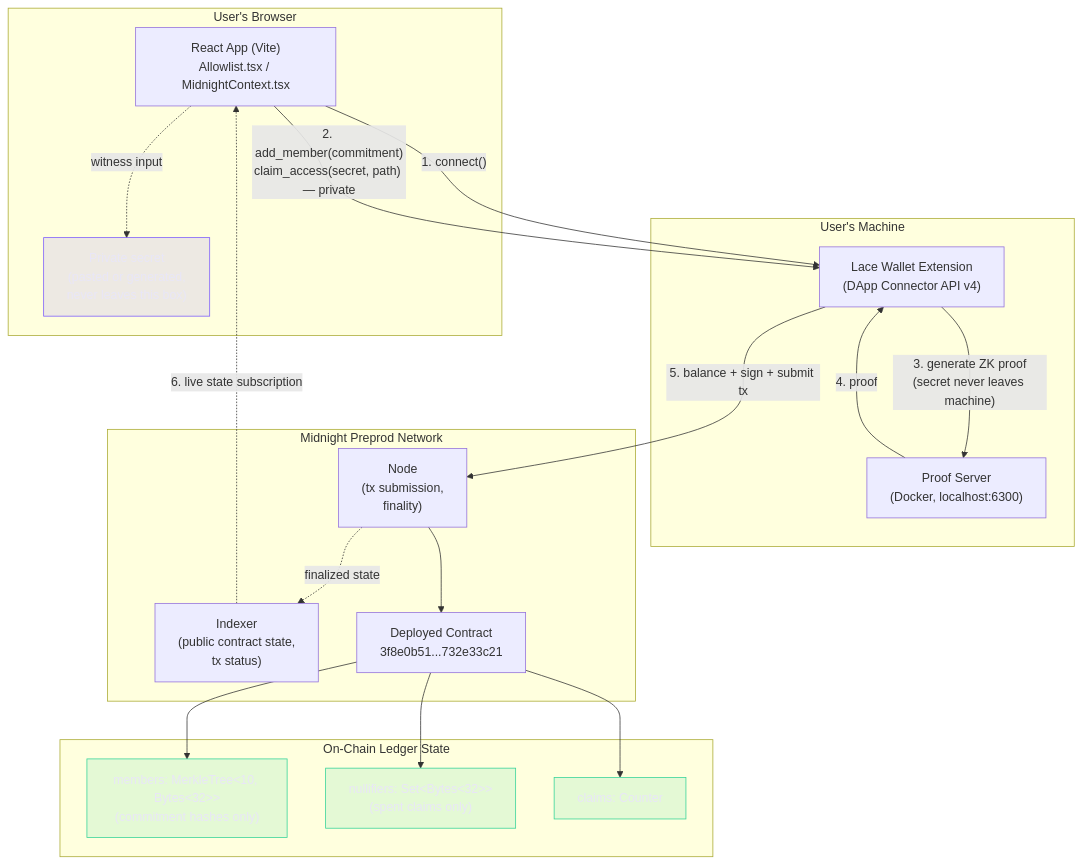
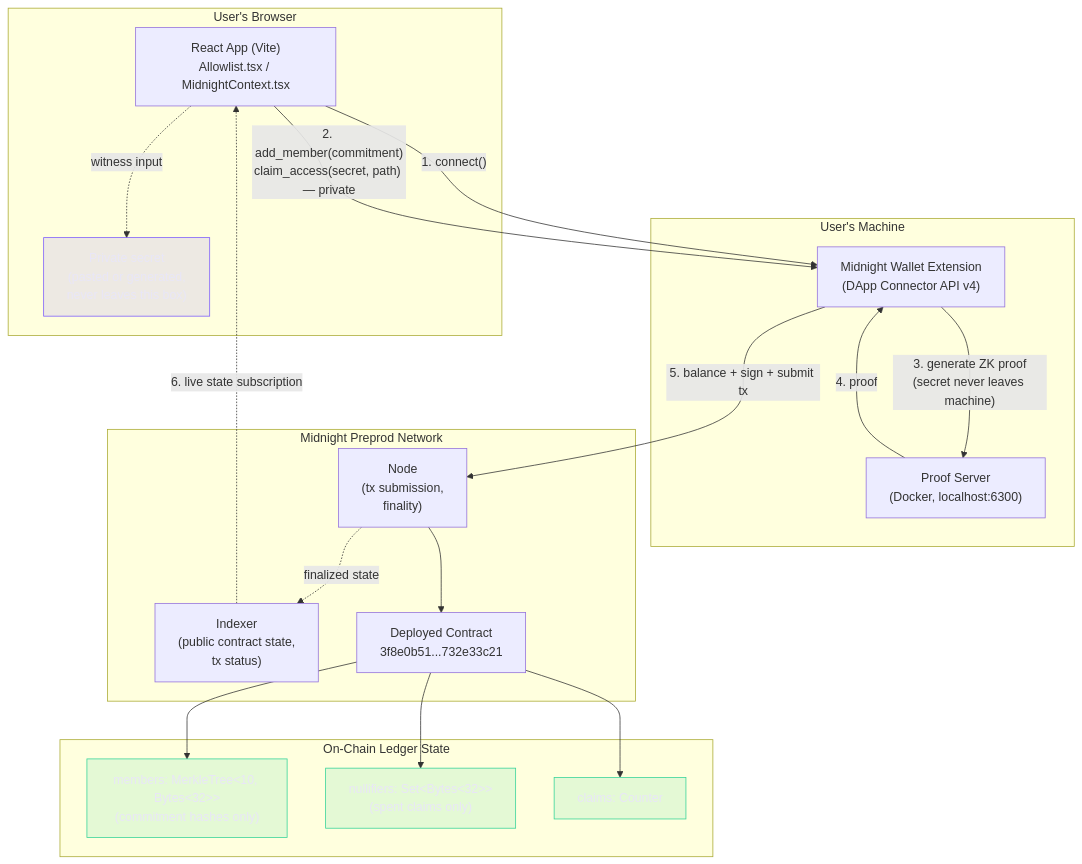
One commit to Spydiecy/zk-pvt-allowlist changed the diagram in README.md. Above: the diagram before and after it, drawn with Mermaid. The commit also changed other lines of this file and 8 other files, not shown here.

First line of the commit message:
Use wallet-agnostic language in UI, docs, and architecture diagram

````diff
--- a/README.md
+++ b/README.md
@@ -27,42 +27,42 @@
 ```mermaid
 flowchart TB
     subgraph Browser["User's Browser"]
         UI["React App (Vite)<br/>Allowlist.tsx / MidnightContext.tsx"]
         Secret["Private secret<br/>(pasted or generated,<br/>never leaves this box)"]
         UI -.->|"witness input"| Secret
     end
 
     subgraph LocalMachine["User's Machine"]
-        Lace["Lace Wallet Extension<br/>(DApp Connector API v4)"]
+        Wallet["Midnight Wallet Extension<br/>(DApp Connector API v4)"]
         ProofServer["Proof Server<br/>(Docker, localhost:6300)"]
     end
 
     subgraph Preprod["Midnight Preprod Network"]
         Indexer["Indexer<br/>(public contract state,<br/>tx status)"]
         Node["Node<br/>(tx submission,<br/>finality)"]
         Contract["Deployed Contract<br/>3f8e0b51...732e33c21"]
     end
 
     subgraph OnChain["On-Chain Ledger State"]
         Tree["members: MerkleTree&lt;10, Bytes&lt;32&gt;&gt;<br/>(commitment hashes only)"]
         Null["nullifiers: Set&lt;Bytes&lt;32&gt;&gt;<br/>(spent claims only)"]
         Claims["claims: Counter"]
     end
 
-    UI -->|"1. connect()"| Lace
-    UI -->|"2. add_member(commitment)<br/>claim_access(secret, path) — private"| Lace
-    Lace -->|"3. generate ZK proof<br/>(secret never leaves machine)"| ProofServer
-    ProofServer -->|"4. proof"| Lace
-    Lace -->|"5. balance + sign + submit tx"| Node
+    UI -->|"1. connect()"| Wallet
+    UI -->|"2. add_member(commitment)<br/>claim_access(secret, path) — private"| Wallet
+    Wallet -->|"3. generate ZK proof<br/>(secret never leaves machine)"| ProofServer
+    ProofServer -->|"4. proof"| Wallet
+    Wallet -->|"5. balance + sign + submit tx"| Node
     Node --> Contract
     Contract --> Tree
     Contract --> Null
     Contract --> Claims
     Indexer -.->|"6. live state subscription"| UI
     Node -.->|"finalized state"| Indexer
 
     classDef private fill:#7c5cfc22,stroke:#7c5cfc,color:#e8e6f7
     classDef onchain fill:#34d39922,stroke:#34d399,color:#e8e6f7
     class Secret private
     class Tree,Null,Claims onchain
 ```
````
